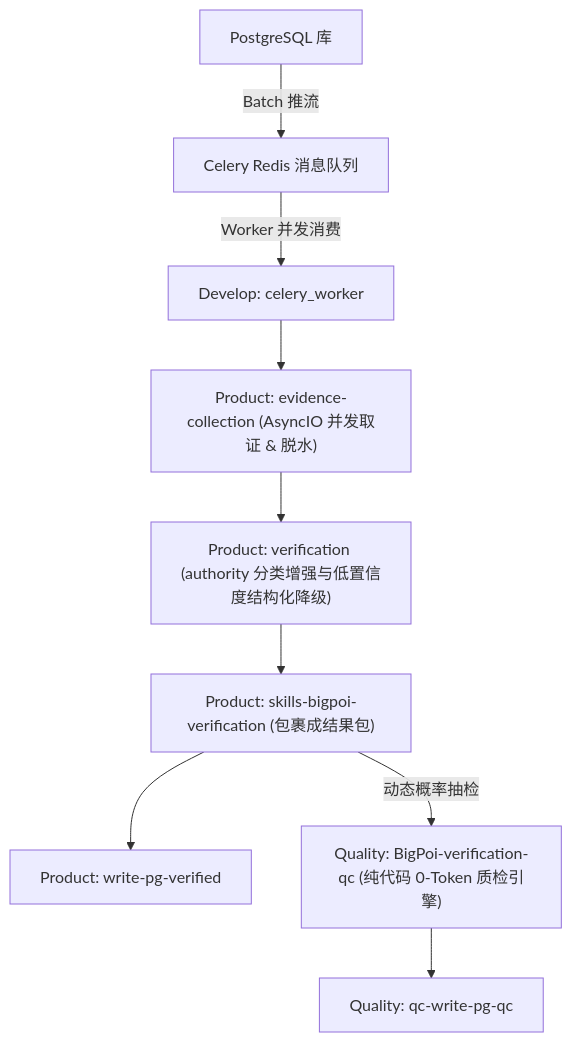
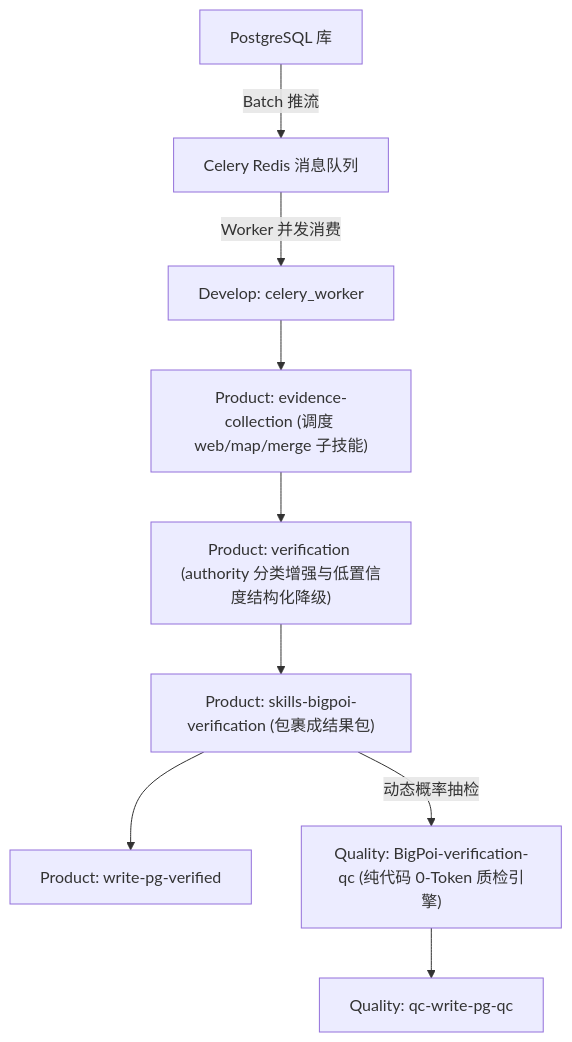
One commit to xyx593999449-ai/bigpoi-verification-v1.1.0 changed the diagram in README.md. Above: the diagram before and after it, drawn with Mermaid. The commit also changed other lines of this file and 98 other files, not shown here.

````diff
--- a/README.md
+++ b/README.md
@@ -48,11 +52,11 @@
 ```mermaid
 flowchart TD
     DB["PostgreSQL 库"] --> |"Batch 推流"| Q["Celery Redis 消息队列"]
     Q --> |"Worker 并发消费"| A["Develop: celery_worker"]
-    A --> B["Product: evidence-collection (AsyncIO 并发取证 & 脱水)"]
+    A --> B["Product: evidence-collection (调度 web/map/merge 子技能)"]
     B --> C["Product: verification (authority 分类增强与低置信度结构化降级)"]
     C --> D["Product: skills-bigpoi-verification (包裹成结果包)"]
     D --> E["Product: write-pg-verified"]
     D --> |"动态概率抽检"| F["Quality: BigPoi-verification-qc (纯代码 0-Token 质检引擎)"]
     F --> G["Quality: qc-write-pg-qc"]
 ```
````
